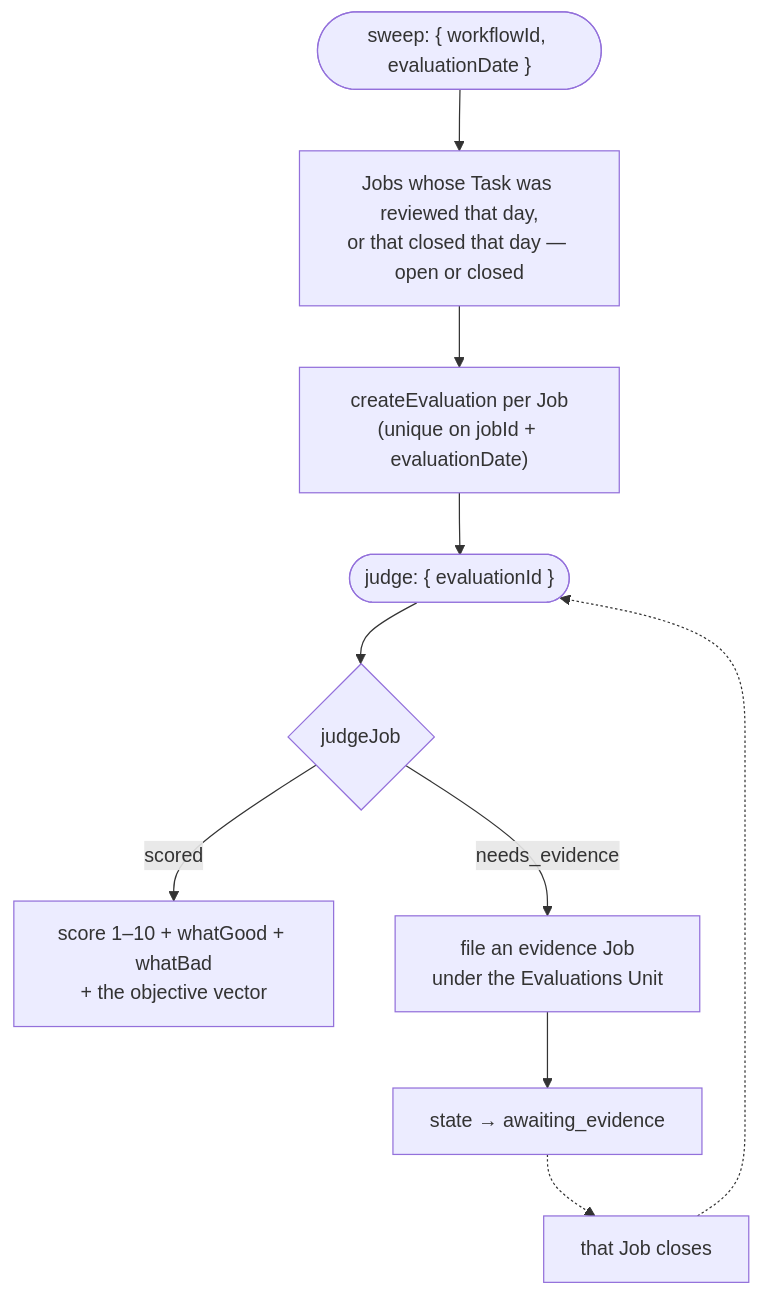
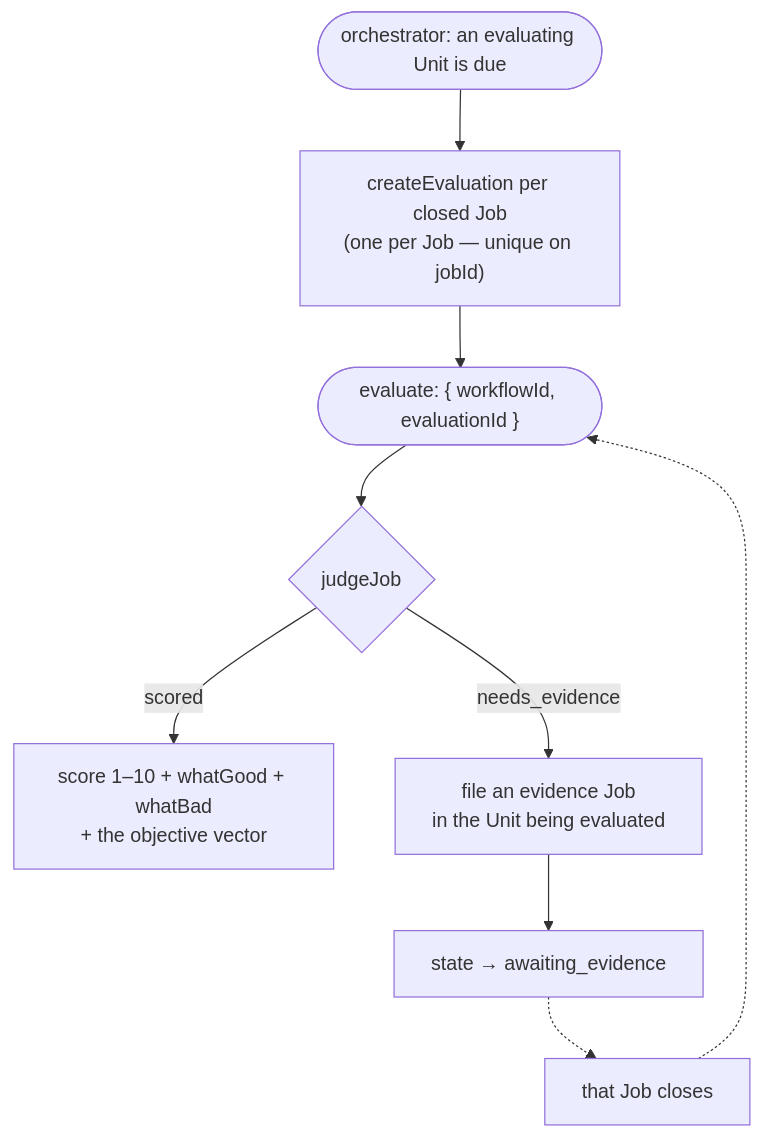
Before and after one commit to BaraaSoft/agentcores: the fifth of 5 diagrams in packages/backend/src/governance/processors/tech-spec.md, drawn with Mermaid. The commit also changed other lines of this file and 69 other files, not shown here.

````diff
--- a/packages/backend/src/governance/processors/tech-spec.md
+++ b/packages/backend/src/governance/processors/tech-spec.md
@@ -288,11 +306,10 @@
 ```mermaid
 flowchart TD
-    Sweep(["sweep: { workflowId, evaluationDate }"]) --> Find["Jobs whose Task was reviewed that day,<br/>or that closed that day — open or closed"]
-    Find --> Open["createEvaluation per Job<br/>(unique on jobId + evaluationDate)"]
-    Open --> Judge(["judge: { evaluationId }"])
-    Judge --> Verdict{"judgeJob"}
+    Due(["orchestrator: an evaluating Unit is due"]) --> Open["createEvaluation per closed Job<br/>(one per Job — unique on jobId)"]
+    Open --> Evaluate(["evaluate: { workflowId, evaluationId }"])
+    Evaluate --> Verdict{"judgeJob"}
     Verdict -- scored --> Score["score 1–10 + whatGood + whatBad<br/>+ the objective vector"]
-    Verdict -- needs_evidence --> Errand["file an evidence Job<br/>under the Evaluations Unit"]
+    Verdict -- needs_evidence --> Errand["file an evidence Job<br/>in the Unit being evaluated"]
     Errand --> Park["state → awaiting_evidence"]
-    Park -.-> Closed["that Job closes"] -.-> Judge
+    Park -.-> Closed["that Job closes"] -.-> Evaluate
 ```
````
